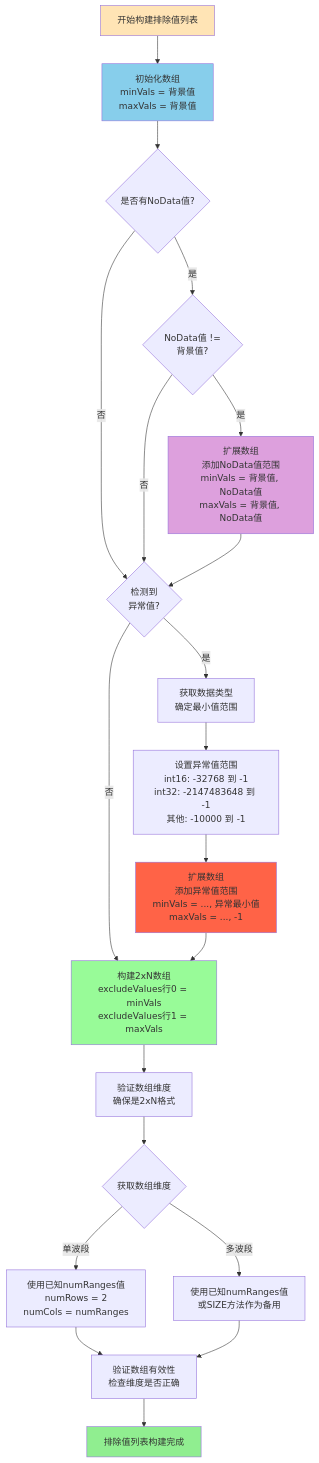
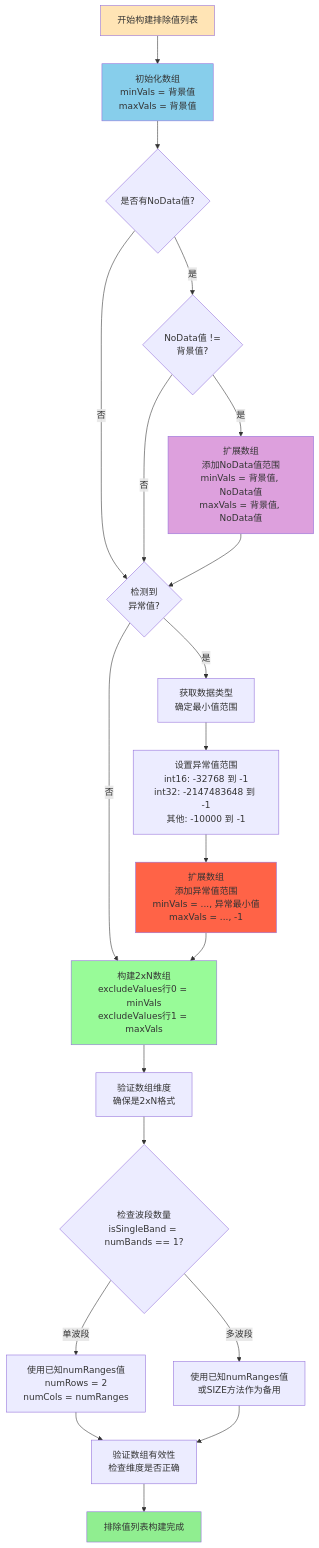
Before and after one commit to fashionfu/ENVI_IDL: the fourth of 4 diagrams in 学习过程/1201_栅格轮廓提取工具使用说明.md, drawn with Mermaid. The commit also changed other lines of this file, not shown here.

````diff
--- a/学习过程/1201_栅格轮廓提取工具使用说明.md
+++ b/学习过程/1201_栅格轮廓提取工具使用说明.md
@@ -244,36 +247,36 @@
   ```mermaid
   flowchart TD
       Start[开始构建排除值列表] --> Init["初始化数组<br/>minVals = 背景值<br/>maxVals = 背景值"]
       Init --> CheckNoData{是否有NoData值?}
       
       CheckNoData -->|是| CompareNoData{NoData值 !=<br/>背景值?}
       CheckNoData -->|否| CheckAbnormal1
       
       CompareNoData -->|是| AddNoData["扩展数组<br/>添加NoData值范围<br/>minVals = 背景值, NoData值<br/>maxVals = 背景值, NoData值"]
       CompareNoData -->|否| CheckAbnormal1{检测到<br/>异常值?}
       AddNoData --> CheckAbnormal1
       
       CheckAbnormal1 -->|是| GetDataType[获取数据类型<br/>确定最小值范围]
       CheckAbnormal1 -->|否| BuildArray
       
       GetDataType --> SetAbnormalRange["设置异常值范围<br/>int16: -32768 到 -1<br/>int32: -2147483648 到 -1<br/>其他: -10000 到 -1"]
       SetAbnormalRange --> AddAbnormal["扩展数组<br/>添加异常值范围<br/>minVals = ..., 异常最小值<br/>maxVals = ..., -1"]
       AddAbnormal --> BuildArray
       
       BuildArray["构建2xN数组<br/>excludeValues行0 = minVals<br/>excludeValues行1 = maxVals"] --> Verify[验证数组维度<br/>确保是2xN格式]
-      Verify --> GetDims{获取数组维度}
+      Verify --> CheckBands{检查波段数量<br/>isSingleBand = numBands == 1?}
       
-      GetDims -->|单波段| UseKnown["使用已知numRanges值<br/>numRows = 2<br/>numCols = numRanges"]
-      GetDims -->|多波段| UseKnown2["使用已知numRanges值<br/>或SIZE方法作为备用"]
+      CheckBands -->|单波段| UseKnown["使用已知numRanges值<br/>numRows = 2<br/>numCols = numRanges"]
+      CheckBands -->|多波段| UseKnown2["使用已知numRanges值<br/>或SIZE方法作为备用"]
       
       UseKnown --> Validate[验证数组有效性<br/>检查维度是否正确]
       UseKnown2 --> Validate
       Validate --> End[排除值列表构建完成]
       
       style Start fill:#FFE4B5
       style End fill:#90EE90
       style Init fill:#87CEEB
       style AddNoData fill:#DDA0DD
       style AddAbnormal fill:#FF6347
       style BuildArray fill:#98FB98
   ```
````
